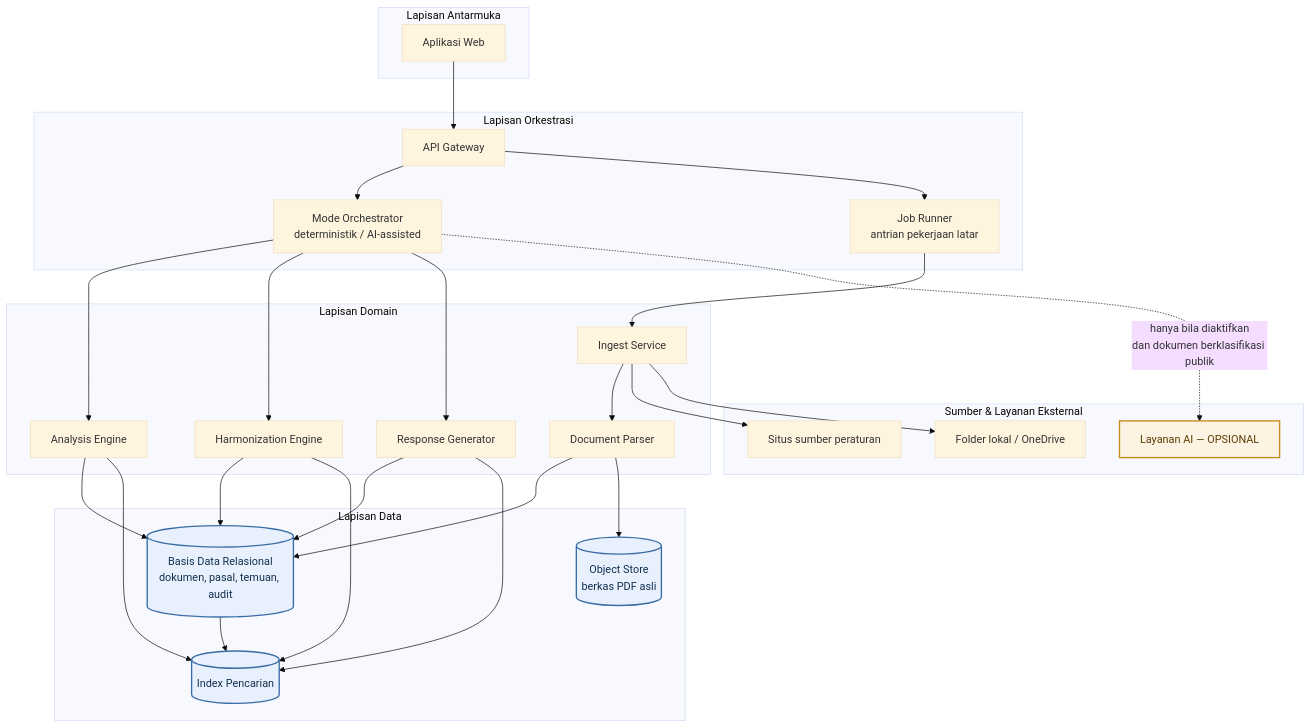
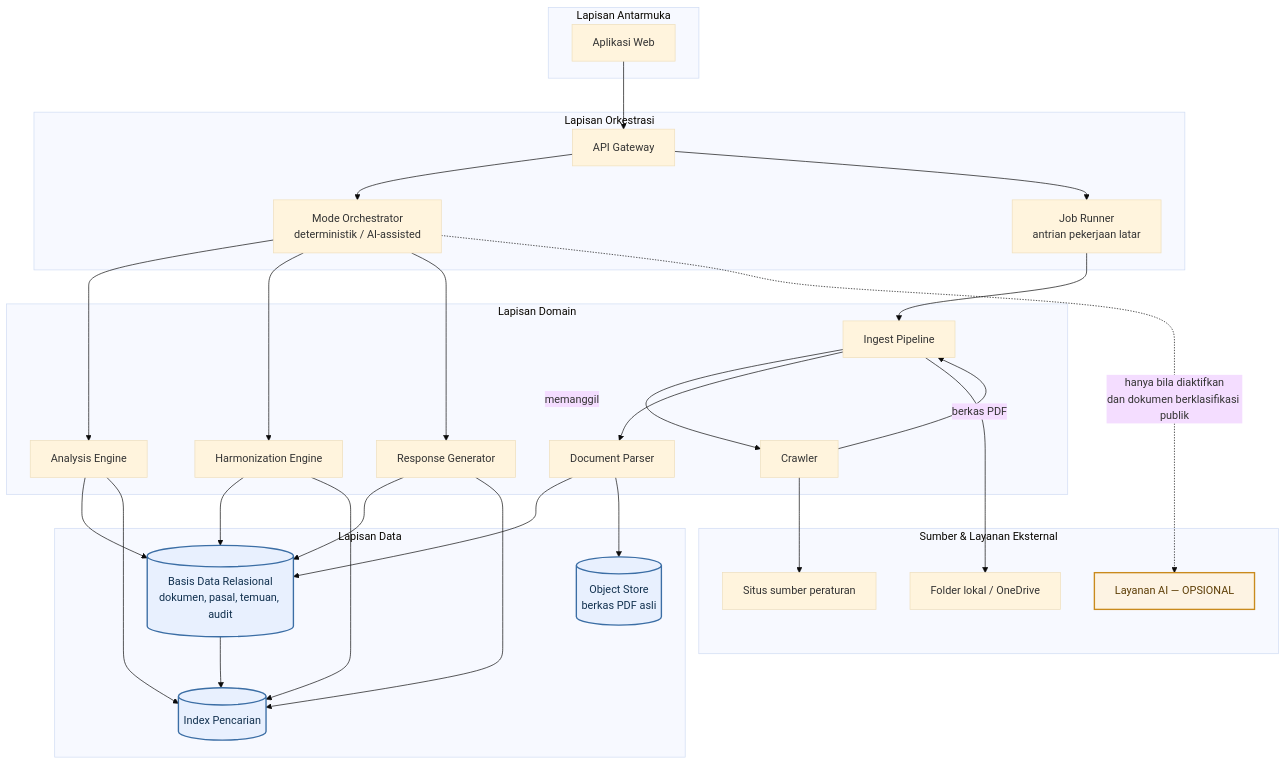
One commit to hero-ojk-its/hero changed the first of 2 diagrams in docs/16-arsitektur-sistem.md. Above: the diagram before and after it, drawn with Mermaid (base theme). The commit also changed other lines of this file and 3 other files, not shown here.

````diff
--- a/docs/16-arsitektur-sistem.md
+++ b/docs/16-arsitektur-sistem.md
@@ -55,49 +55,53 @@
 ```mermaid
 flowchart TB
     subgraph L1["Lapisan Antarmuka"]
         UI["Aplikasi Web"]
     end
 
     subgraph L2["Lapisan Orkestrasi"]
         API["API Gateway"]
         ORC["Mode Orchestrator<br/>deterministik / AI-assisted"]
         JOB["Job Runner<br/>antrian pekerjaan latar"]
     end
 
     subgraph L3["Lapisan Domain"]
-        ING["Ingest Service"]
+        CRW["Crawler"]
+        ING["Ingest Pipeline"]
         PRS["Document Parser"]
         ANL["Analysis Engine"]
         HRM["Harmonization Engine"]
         POV["Response Generator"]
     end
 
     subgraph L4["Lapisan Data"]
         DB[("Basis Data Relasional<br/>dokumen, pasal, temuan, audit")]
         IDX[("Index Pencarian")]
         FS[("Object Store<br/>berkas PDF asli")]
     end
 
     subgraph L5["Sumber & Layanan Eksternal"]
         WEB["Situs sumber peraturan"]
         DRV["Folder lokal / OneDrive"]
         AI["Layanan AI — OPSIONAL"]
     end
 
     UI --> API
     API --> ORC
     API --> JOB
     ORC --> ANL & HRM & POV
     JOB --> ING
+    ING -- "memanggil" --> CRW
+    CRW -- "berkas PDF" --> ING
     ING --> PRS
     PRS --> DB & FS
     ANL & HRM & POV --> DB & IDX
-    ING --> WEB & DRV
+    CRW --> WEB
+    ING --> DRV
     ORC -. "hanya bila diaktifkan<br/>dan dokumen berklasifikasi publik" .-> AI
     DB --> IDX
 
     classDef opt fill:#fdf3e3,stroke:#c98a1d,stroke-width:2px,color:#5c3d05
     classDef store fill:#e8f0fe,stroke:#3b6ea5,stroke-width:2px,color:#12314f
     class AI opt
     class DB,IDX,FS store
 ```
````
